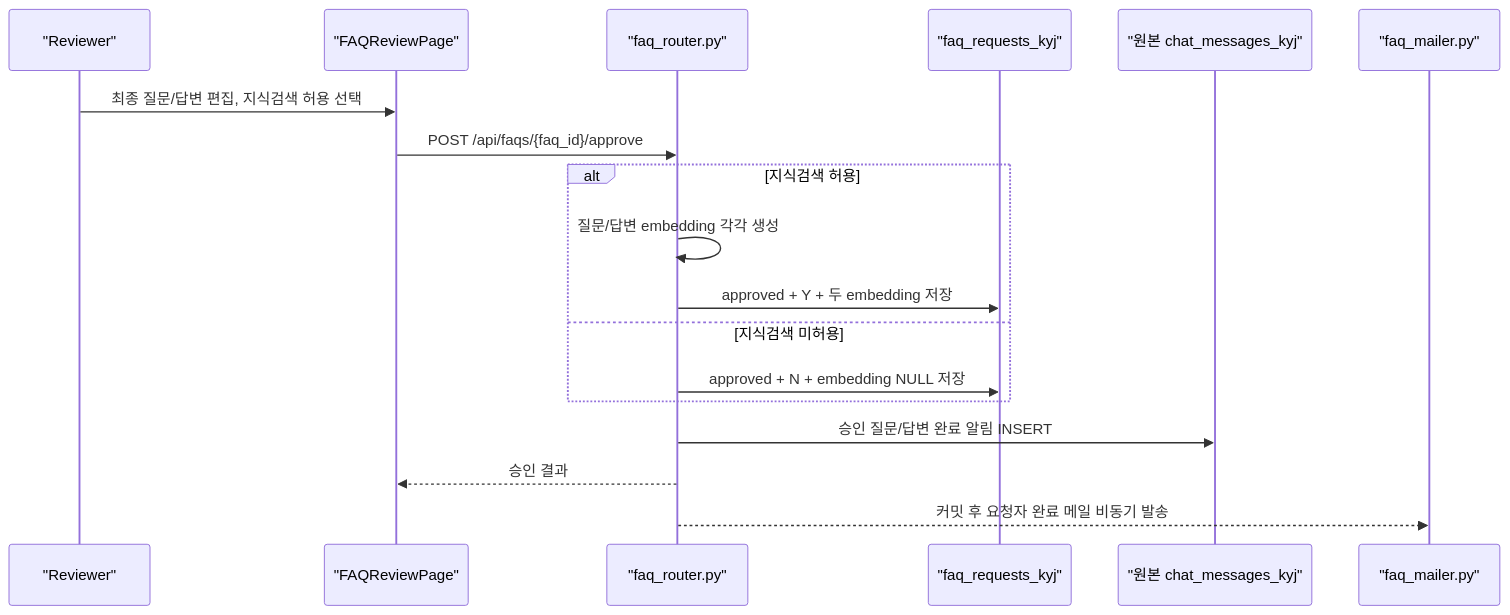
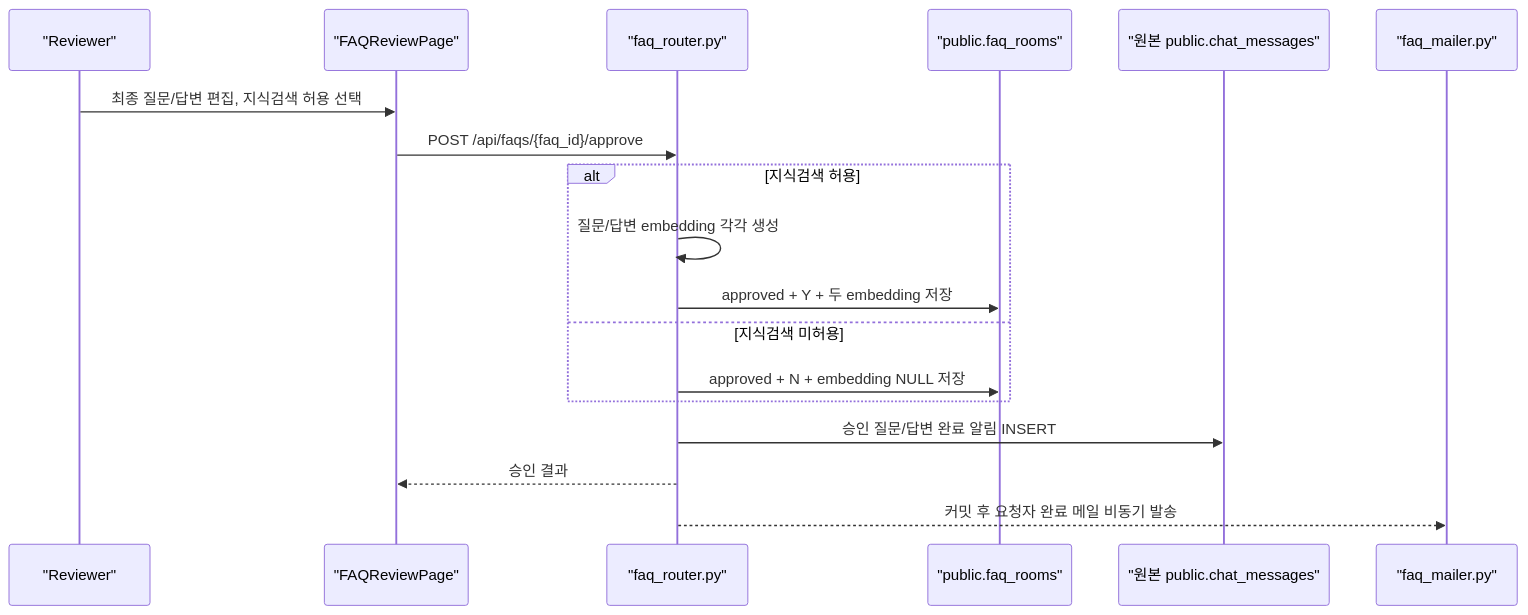
The third of 3 diagrams in README_kyj.md (hyunssu/AX_ATTACK), drawn with Mermaid before and after one commit. The commit also changed other lines of this file and 26 other files, not shown here.

````diff
--- a/README_kyj.md
+++ b/README_kyj.md
@@ -340,21 +368,21 @@
 ```mermaid
 sequenceDiagram
     participant R as "Reviewer"
     participant UI as "FAQReviewPage"
     participant API as "faq_router.py"
-    participant DB as "faq_requests_kyj"
-    participant Chat as "원본 chat_messages_kyj"
+    participant DB as "public.faq_rooms"
+    participant Chat as "원본 public.chat_messages"
     participant Mail as "faq_mailer.py"
 
     R->>UI: 최종 질문/답변 편집, 지식검색 허용 선택
     UI->>API: POST /api/faqs/{faq_id}/approve
     alt 지식검색 허용
         API->>API: 질문/답변 embedding 각각 생성
         API->>DB: approved + Y + 두 embedding 저장
     else 지식검색 미허용
         API->>DB: approved + N + embedding NULL 저장
     end
     API->>Chat: 승인 질문/답변 완료 알림 INSERT
     API-->>UI: 승인 결과
     API-->>Mail: 커밋 후 요청자 완료 메일 비동기 발송
 ```
````
